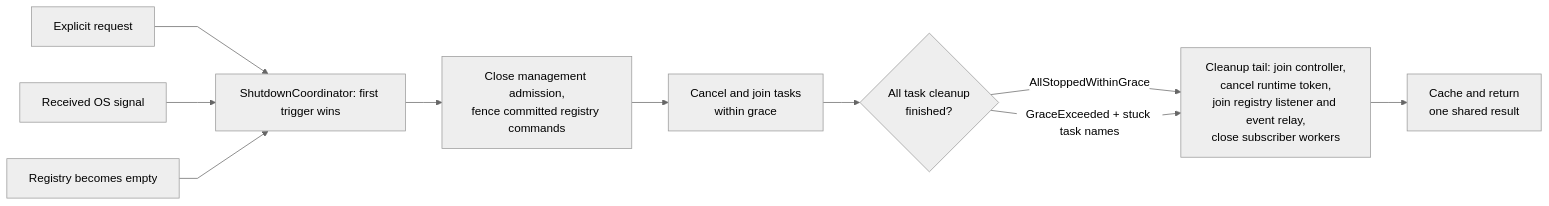
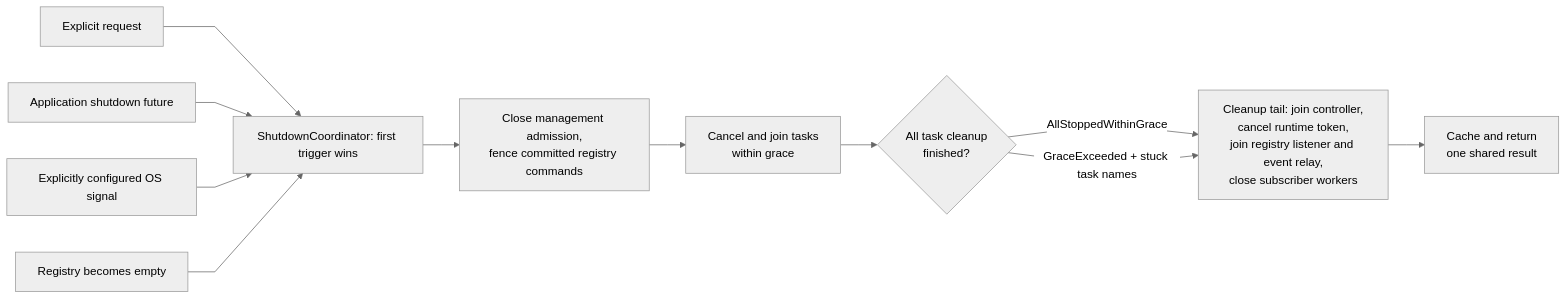
One commit to soltiHQ/taskvisor changed the tenth of 10 diagrams in src/ARCHITECTURE.md. Above: the diagram before and after it, drawn with Mermaid (neutral theme). The commit also changed other lines of this file and 32 other files, not shown here.

````diff
--- a/src/ARCHITECTURE.md
+++ b/src/ARCHITECTURE.md
@@ -312,23 +312,25 @@
 ```mermaid
 %%{init: {"flowchart": {"curve": "linear"}}}%%
 flowchart LR
     Explicit["Explicit request"]
-    Signal["Received OS signal"]
+    External["Application shutdown future"]
+    Signal["Explicitly configured OS signal"]
     Natural["Registry becomes empty"]
     Coordinator["ShutdownCoordinator: first trigger wins"]
     Close["Close management admission,<br/>fence committed registry commands"]
     Drain["Cancel and join tasks<br/>within grace"]
     Verdict{"All task cleanup<br/>finished?"}
     Tail["Cleanup tail: join controller,<br/>cancel runtime token,<br/>join registry listener and event relay,<br/>close subscriber workers"]
     Result["Cache and return<br/>one shared result"]
 
     Explicit --> Coordinator
+    External --> Coordinator
     Signal --> Coordinator
     Natural --> Coordinator
     Coordinator --> Close
     Close --> Drain
     Drain --> Verdict
     Verdict -->|AllStoppedWithinGrace| Tail
     Verdict -->|GraceExceeded + stuck task names| Tail
     Tail --> Result
 ```
````
